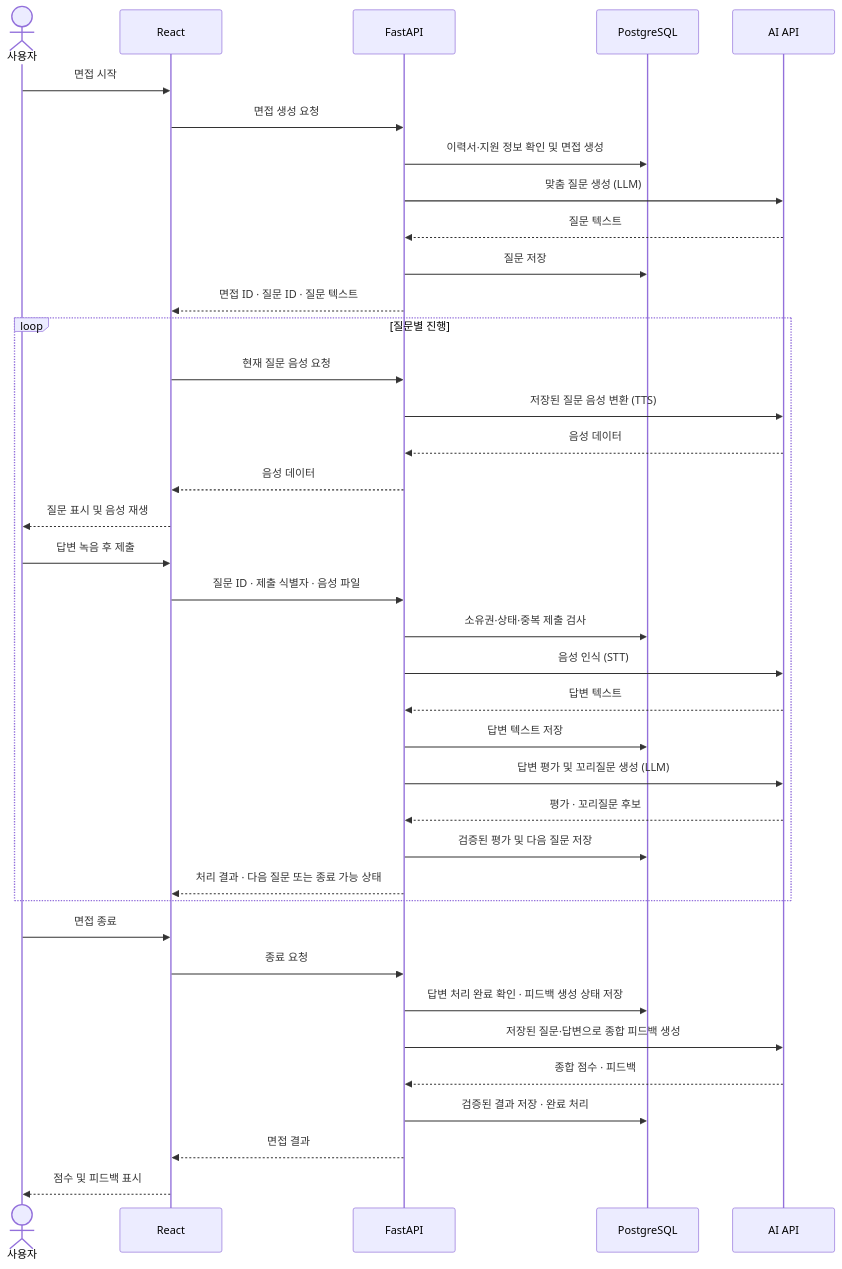
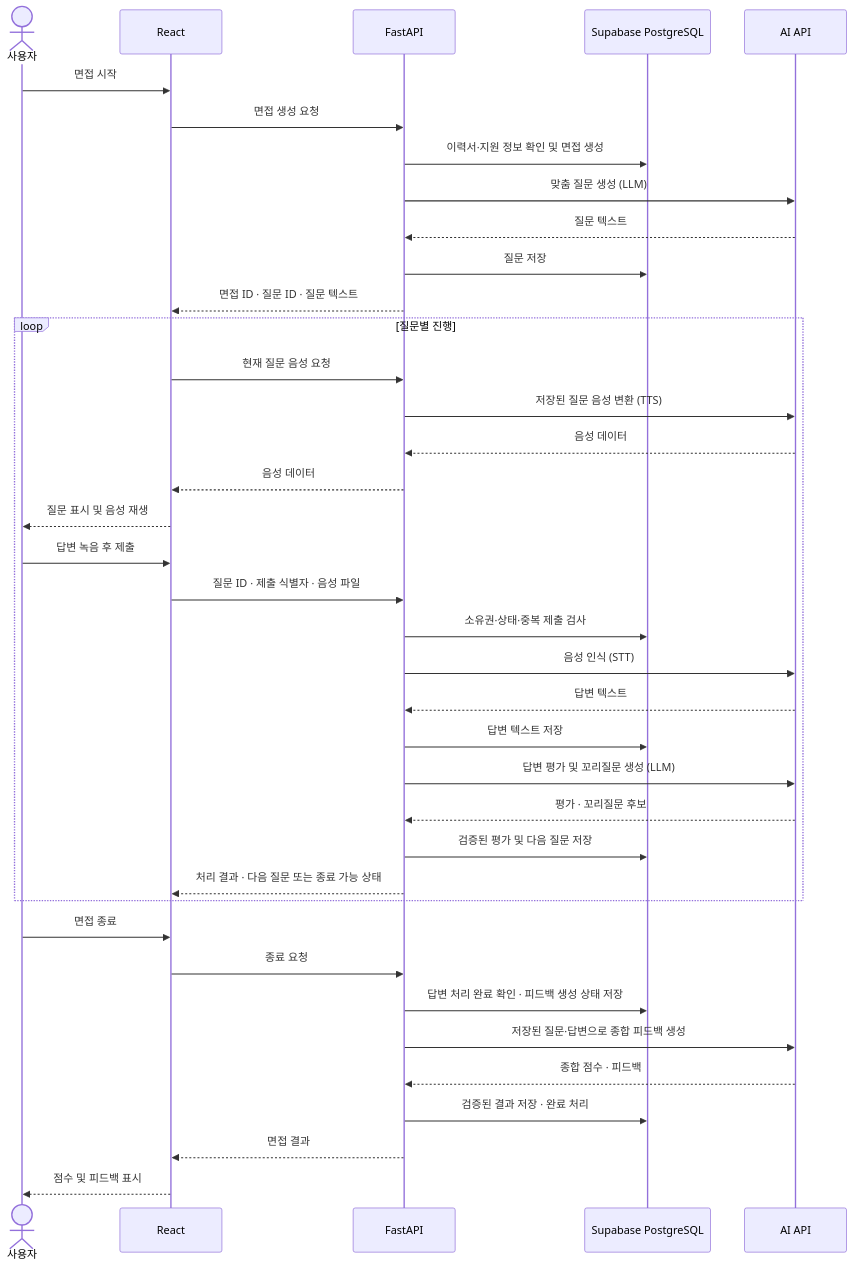
One commit to dkstjdwo/ansim-ai-personal changed the third of 3 diagrams in 설계/시스템_아키텍처.md. Above: the diagram before and after it, drawn with Mermaid. The commit also changed other lines of this file and 4 other files, not shown here.

````diff
--- a/설계/시스템_아키텍처.md
+++ b/설계/시스템_아키텍처.md
@@ -87,43 +93,43 @@
 ```mermaid
 sequenceDiagram
     actor U as 사용자
     participant F as React
     participant B as FastAPI
-    participant D as PostgreSQL
+    participant D as Supabase PostgreSQL
     participant A as AI API
 
     U->>F: 면접 시작
     F->>B: 면접 생성 요청
     B->>D: 이력서·지원 정보 확인 및 면접 생성
     B->>A: 맞춤 질문 생성 (LLM)
     A-->>B: 질문 텍스트
     B->>D: 질문 저장
     B-->>F: 면접 ID · 질문 ID · 질문 텍스트
 
     loop 질문별 진행
         F->>B: 현재 질문 음성 요청
         B->>A: 저장된 질문 음성 변환 (TTS)
         A-->>B: 음성 데이터
         B-->>F: 음성 데이터
         F-->>U: 질문 표시 및 음성 재생
         U->>F: 답변 녹음 후 제출
         F->>B: 질문 ID · 제출 식별자 · 음성 파일
         B->>D: 소유권·상태·중복 제출 검사
         B->>A: 음성 인식 (STT)
         A-->>B: 답변 텍스트
         B->>D: 답변 텍스트 저장
         B->>A: 답변 평가 및 꼬리질문 생성 (LLM)
         A-->>B: 평가 · 꼬리질문 후보
         B->>D: 검증된 평가 및 다음 질문 저장
         B-->>F: 처리 결과 · 다음 질문 또는 종료 가능 상태
     end
 
     U->>F: 면접 종료
     F->>B: 종료 요청
     B->>D: 답변 처리 완료 확인 · 피드백 생성 상태 저장
     B->>A: 저장된 질문·답변으로 종합 피드백 생성
     A-->>B: 종합 점수 · 피드백
     B->>D: 검증된 결과 저장 · 완료 처리
     B-->>F: 면접 결과
     F-->>U: 점수 및 피드백 표시
 ```
````
